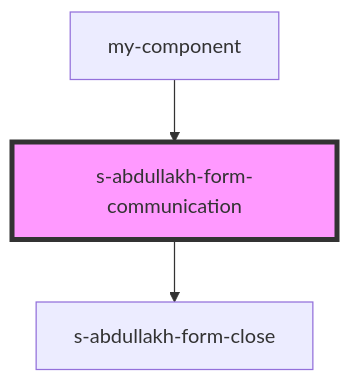
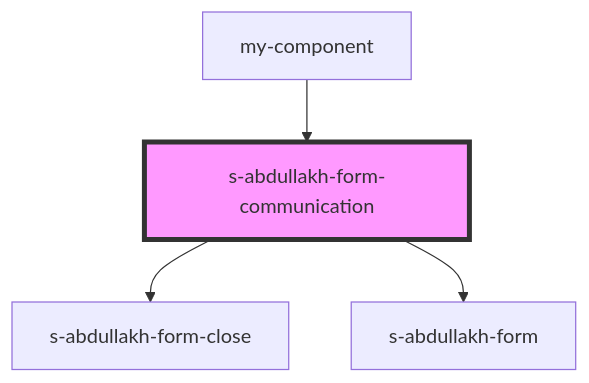
Before and after one commit to Wokh-Dada/botdevelopmentapp: the diagram in src/components/s-abdullakh-form-communication/readme.md, drawn with Mermaid. The commit also changed other lines of this file and 46 other files, not shown here.

````diff
--- a/src/components/s-abdullakh-form-communication/readme.md
+++ b/src/components/s-abdullakh-form-communication/readme.md
@@ -26,6 +34,7 @@
 ```mermaid
 graph TD;
   s-abdullakh-form-communication --> s-abdullakh-form-close
+  s-abdullakh-form-communication --> s-abdullakh-form
   my-component --> s-abdullakh-form-communication
   style s-abdullakh-form-communication fill:#f9f,stroke:#333,stroke-width:4px
 ```
````
